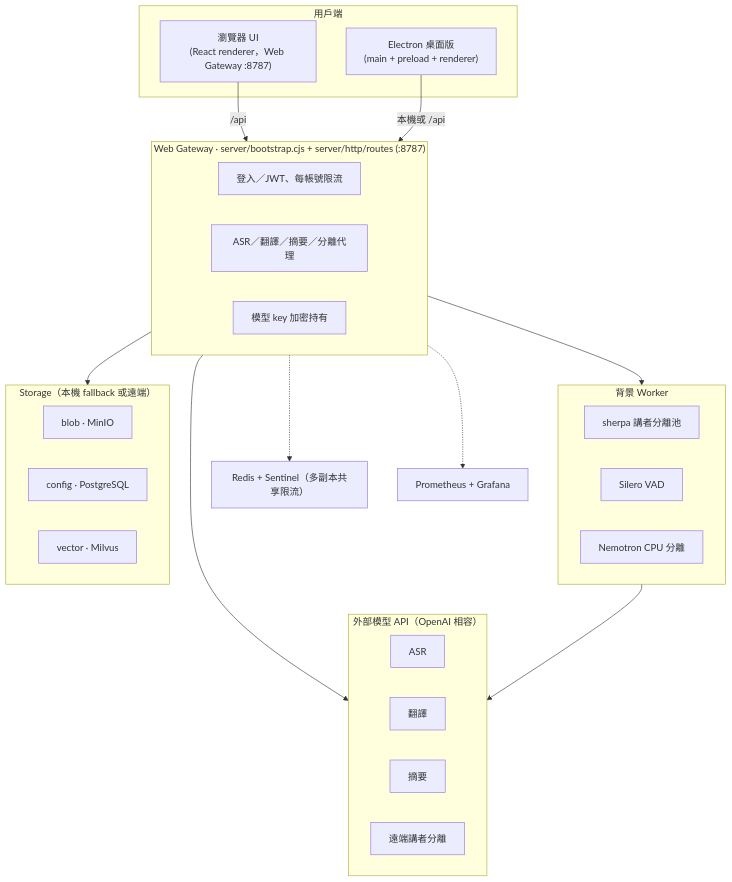
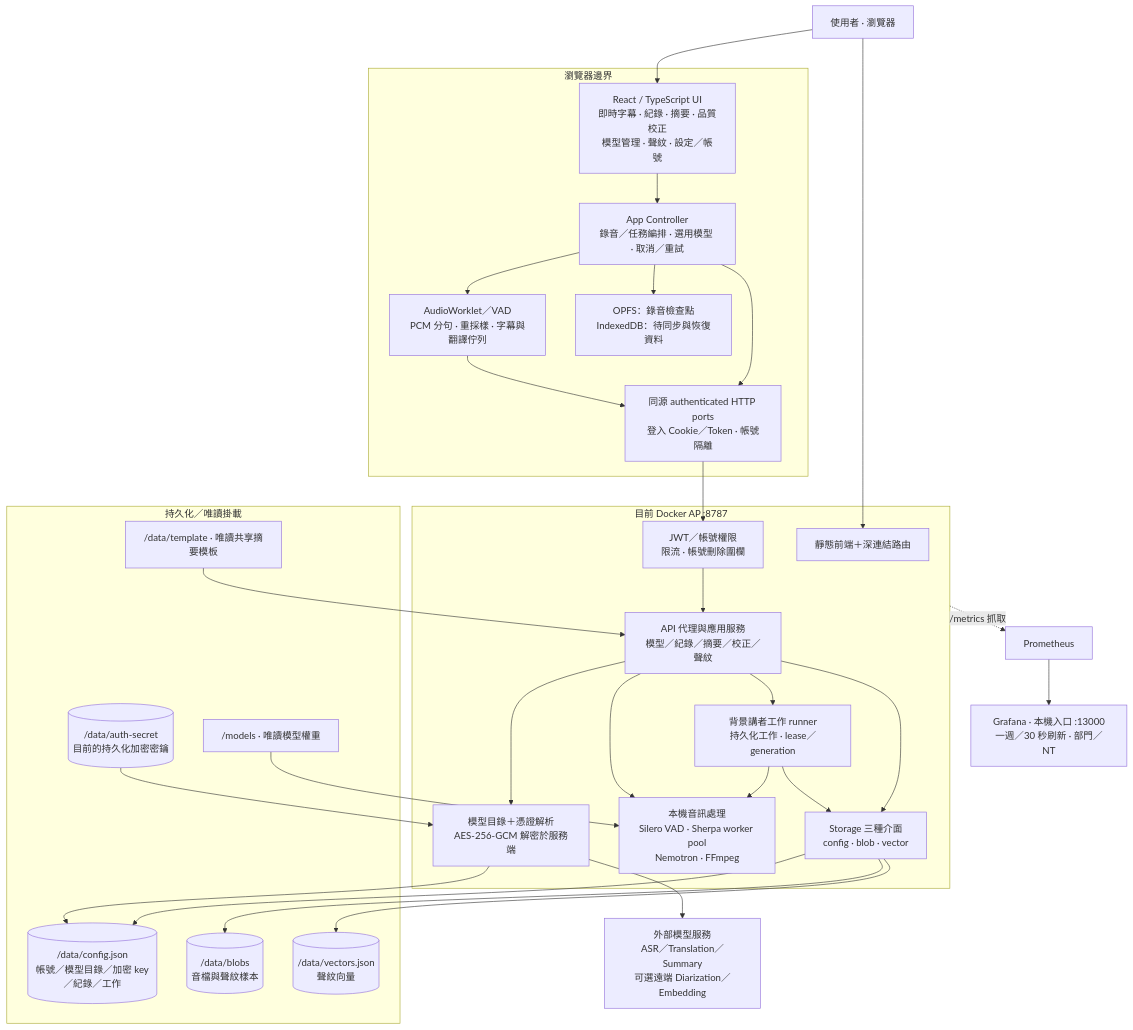
The first of 9 diagrams in docs/reference/ARCHITECTURE.zh-TW.md (joeyliang1024/S2T-UI), drawn with Mermaid before and after one commit. The commit also changed other lines of this file and 135 other files, not shown here.

````diff
--- a/docs/reference/ARCHITECTURE.zh-TW.md
+++ b/docs/reference/ARCHITECTURE.zh-TW.md
@@ -5,44 +27,45 @@
 ```mermaid
 flowchart TB
-    subgraph client["用戶端"]
-        browser["瀏覽器 UI<br/>(React renderer，Web Gateway :8787)"]
-        electron["Electron 桌面版<br/>(main + preload + renderer)"]
-    end
-
-    subgraph gateway["Web Gateway · server/bootstrap.cjs + server/http/routes (:8787)"]
-        auth["登入／JWT、每帳號限流"]
-        proxy["ASR／翻譯／摘要／分離代理"]
-        cred["模型 key 加密持有"]
-    end
-
-    subgraph workers["背景 Worker"]
-        sherpa["sherpa 講者分離池"]
-        silero["Silero VAD"]
-        nemotron["Nemotron CPU 分離"]
-    end
-
-    subgraph storage["Storage（本機 fallback 或遠端）"]
-        blob["blob · MinIO"]
-        config["config · PostgreSQL"]
-        vector["vector · Milvus"]
-    end
-
-    subgraph models["外部模型 API（OpenAI 相容）"]
-        asr["ASR"]
-        trans["翻譯"]
-        summ["摘要"]
-        dia["遠端講者分離"]
-    end
-
-    infra["Redis + Sentinel（多副本共享限流）"]
-    monitor["Prometheus + Grafana"]
-
-    browser -- "/api" --> gateway
-    electron -- "本機或 /api" --> gateway
-    gateway --> workers
-    gateway --> models
-    workers --> models
-    gateway --> storage
-    gateway -.-> infra
-    gateway -.-> monitor
+  U["使用者 · 瀏覽器"] --> UI["React / TypeScript UI<br/>即時字幕 · 紀錄 · 摘要 · 品質校正<br/>模型管理 · 聲紋 · 設定／帳號"]
+  subgraph CLIENT["瀏覽器邊界"]
+    UI --> CTRL["App Controller<br/>錄音／任務編排 · 選用模型 · 取消／重試"]
+    CTRL --> CAP["AudioWorklet／VAD<br/>PCM 分句 · 重採樣 · 字幕與翻譯佇列"]
+    CTRL --> LOCAL["OPFS：錄音檢查點<br/>IndexedDB：待同步與恢復資料"]
+    CTRL --> HTTP["同源 authenticated HTTP ports<br/>登入 Cookie／Token · 帳號隔離"]
+  end
+  subgraph AP["目前 Docker AP :8787"]
+    WEB["靜態前端＋深連結路由"]
+    AUTH["JWT／帳號權限<br/>限流 · 帳號刪除圍欄"]
+    API["API 代理與應用服務<br/>模型／紀錄／摘要／校正／聲紋"]
+    KEY["模型目錄＋憑證解析<br/>AES-256-GCM 解密於服務端"]
+    AUDIO["本機音訊處理<br/>Silero VAD · Sherpa worker pool<br/>Nemotron · FFmpeg"]
+    JOB["背景講者工作 runner<br/>持久化工作 · lease／generation"]
+    STORE["Storage 三種介面<br/>config · blob · vector"]
+    AUTH --> API
+    API --> KEY
+    API --> AUDIO
+    API --> JOB
+    API --> STORE
+    JOB --> AUDIO
+    JOB --> STORE
+  end
+  U --> WEB
+  CAP --> HTTP
+  HTTP --> AUTH
+  subgraph DATA["持久化／唯讀掛載"]
+    CFG[("/data/config.json<br/>帳號／模型目錄／加密 key／紀錄／工作")]
+    WAV[("/data/blobs<br/>音檔與聲紋樣本")]
+    VEC[("/data/vectors.json<br/>聲紋向量")]
+    SECRET[("/data/auth-secret<br/>目前的持久化加密密鑰")]
+    MODELS["/models · 唯讀模型權重"]
+    TPL["/data/template · 唯讀共享摘要模板"]
+  end
+  STORE --> CFG & WAV & VEC
+  KEY --> CFG
+  SECRET --> KEY
+  MODELS --> AUDIO
+  TPL --> API
+  KEY --> UP["外部模型服務<br/>ASR／Translation／Summary<br/>可選遠端 Diarization／Embedding"]
+  AP -. "/metrics 抓取" .-> PROM["Prometheus"]
+  PROM --> GRAF["Grafana · 本機入口 :13000<br/>一週／30 秒刷新 · 部門／NT"]
 ```
````
